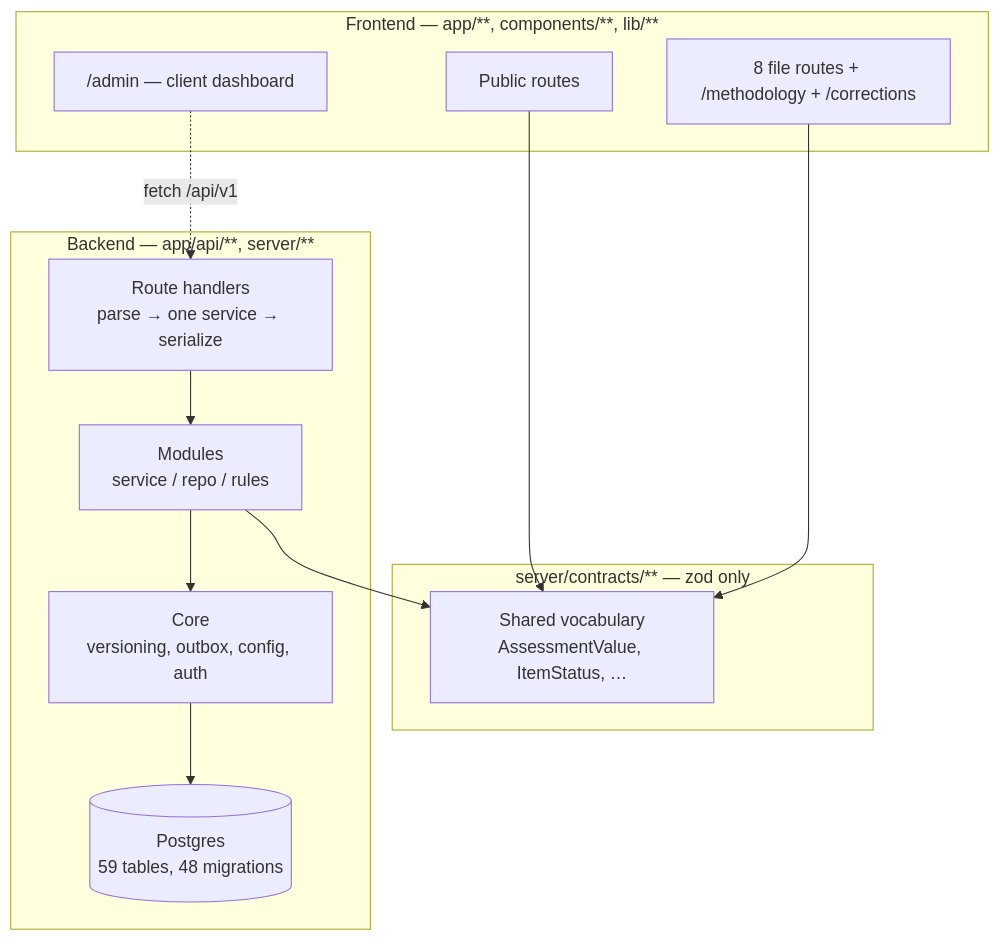
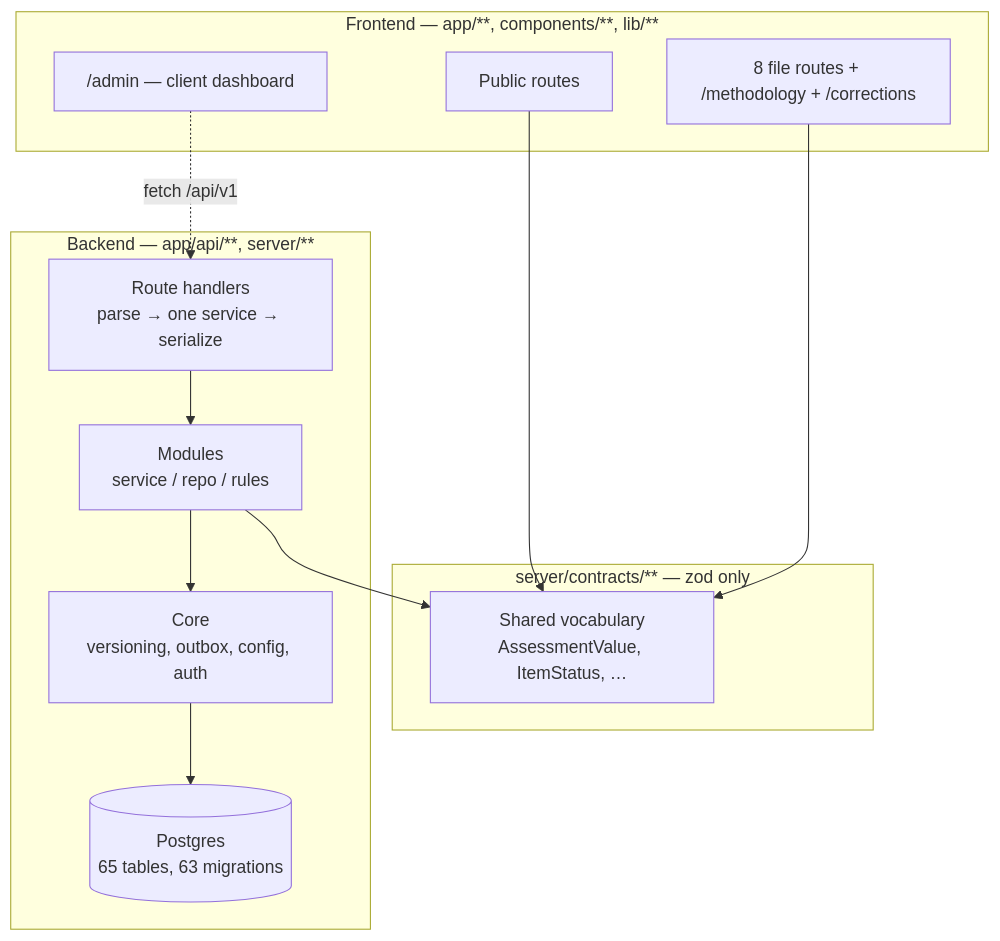
One commit to lions-admin/lions-of-zion changed the first of 6 diagrams in docs/architecture.md. Above: the diagram before and after it, drawn with Mermaid. The commit also changed other lines of this file and 13 other files, not shown here.

````diff
--- a/docs/architecture.md
+++ b/docs/architecture.md
@@ -32,25 +32,25 @@
 ```mermaid
 flowchart TB
     subgraph FE["Frontend — app/**, components/**, lib/**"]
         Home["Public routes"]
         Docs["8 file routes + /methodology + /corrections"]
         Admin["/admin — client dashboard"]
     end
 
     subgraph Contracts["server/contracts/** — zod only"]
         Vocab["Shared vocabulary<br/>AssessmentValue, ItemStatus, …"]
     end
 
     subgraph BE["Backend — app/api/**, server/**"]
         Routes["Route handlers<br/>parse → one service → serialize"]
         Modules["Modules<br/>service / repo / rules"]
         Core["Core<br/>versioning, outbox, config, auth"]
-        DB[("Postgres<br/>59 tables, 48 migrations")]
+        DB[("Postgres<br/>65 tables, 63 migrations")]
     end
 
     Home --> Vocab
     Docs --> Vocab
     Modules --> Vocab
     Admin -.->|"fetch /api/v1"| Routes
     Routes --> Modules --> Core --> DB
 ```
````
